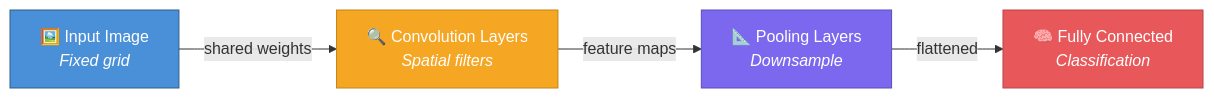
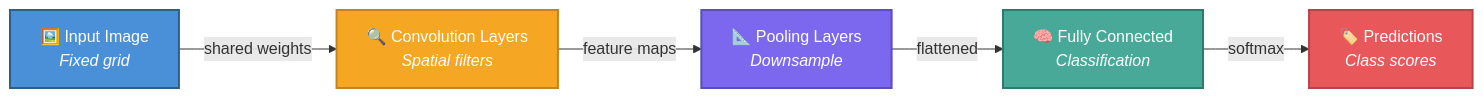
Before and after one commit to stSoftwareAU/NEAT-AI: the second of 5 diagrams in COMPARISON.md, drawn with Mermaid. The commit also changed other lines of this file and 19 other files, not shown here.

````diff
--- a/COMPARISON.md
+++ b/COMPARISON.md
@@ -132,16 +132,19 @@
 ```mermaid
 graph LR
     I["🖼️ Input Image<br/><i>Fixed grid</i>"]
     C["🔍 Convolution Layers<br/><i>Spatial filters</i>"]
     P["📐 Pooling Layers<br/><i>Downsample</i>"]
     FC["🧠 Fully Connected<br/><i>Classification</i>"]
+    OUT["🏷️ Predictions<br/><i>Class scores</i>"]
 
     I -->|"shared weights"| C
     C -->|"feature maps"| P
     P -->|"flattened"| FC
+    FC -->|"softmax"| OUT
 
-    style I fill:#4A90D9,stroke:#2C5F8A,color:#fff
-    style C fill:#F5A623,stroke:#C48418,color:#fff
-    style P fill:#7B68EE,stroke:#5A4DBE,color:#fff
-    style FC fill:#E8575A,stroke:#B8444A,color:#fff
+    style I fill:#4A90D9,stroke:#2C5F8A,color:#fff,stroke-width:2px
+    style C fill:#F5A623,stroke:#C48418,color:#fff,stroke-width:2px
+    style P fill:#7B68EE,stroke:#5A4DBE,color:#fff,stroke-width:2px
+    style FC fill:#48A999,stroke:#2E7A6E,color:#fff,stroke-width:2px
+    style OUT fill:#E8575A,stroke:#B8444A,color:#fff,stroke-width:2px
 ```
````
